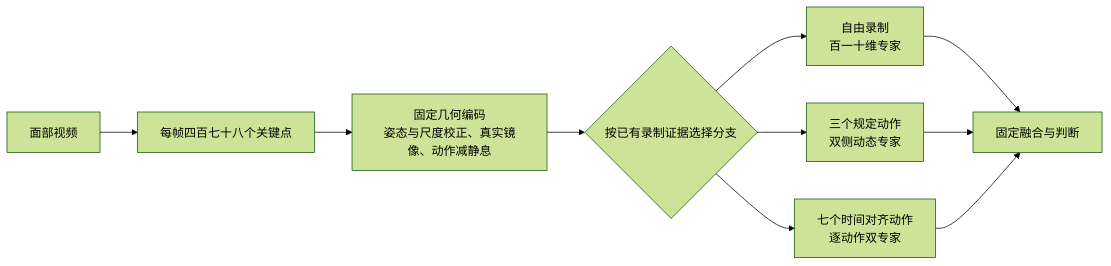
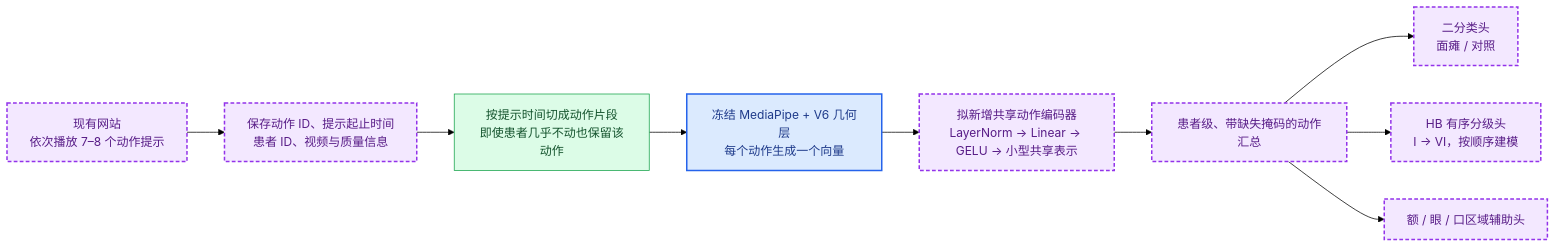
Before and after one commit to WilliamQiuzy/facial-attention-lab: the fifth of 5 diagrams in facial_paralysis/docs/results/universal_clinical_router_v6_mayo_brief_zh.md, drawn with Mermaid (forest theme). The commit also changed other lines of this file, not shown here.

Commit message:
docs(facial-paralysis): expand v6 architecture brief

````diff
--- a/facial_paralysis/docs/results/universal_clinical_router_v6_mayo_brief_zh.md
+++ b/facial_paralysis/docs/results/universal_clinical_router_v6_mayo_brief_zh.md
@@ -10,12 +165,15 @@
 ```mermaid
 flowchart LR
-    A[面部视频] --> B[每帧四百七十八个关键点]
-    B --> C[固定几何编码<br/>姿态与尺度校正、真实镜像、动作减静息]
-    C --> D{按已有录制证据选择分支}
-    D --> E[自由录制<br/>百一十维专家]
-    D --> F[三个规定动作<br/>双侧动态专家]
-    D --> G[七个时间对齐动作<br/>逐动作双专家]
-    E --> H[固定融合与判断]
-    F --> H
-    G --> H
+    A[现有网站<br/>依次播放 7–8 个动作提示]:::future --> B[保存动作 ID、提示起止时间<br/>患者 ID、视频与质量信息]:::future
+    B --> C[按提示时间切成动作片段<br/>即使患者几乎不动也保留该动作]:::fixed
+    C --> D[冻结 MediaPipe + V6 几何层<br/>每个动作生成一个向量]:::shared
+    D --> E[拟新增共享动作编码器<br/>LayerNorm → Linear → GELU → 小型共享表示]:::future
+    E --> F[患者级、带缺失掩码的动作汇总]:::future
+    F --> G1[二分类头<br/>面瘫 / 对照]:::future
+    F --> G2[HB 有序分级头<br/>I → VI，按顺序建模]:::future
+    F --> G3[额 / 眼 / 口区域辅助头]:::future
+
+    classDef shared fill:#DBEAFE,stroke:#2563EB,color:#1E3A8A,stroke-width:2px;
+    classDef fixed fill:#DCFCE7,stroke:#16A34A,color:#14532D;
+    classDef future fill:#F3E8FF,stroke:#9333EA,color:#581C87,stroke-width:2px,stroke-dasharray:5 3;
 ```
````
